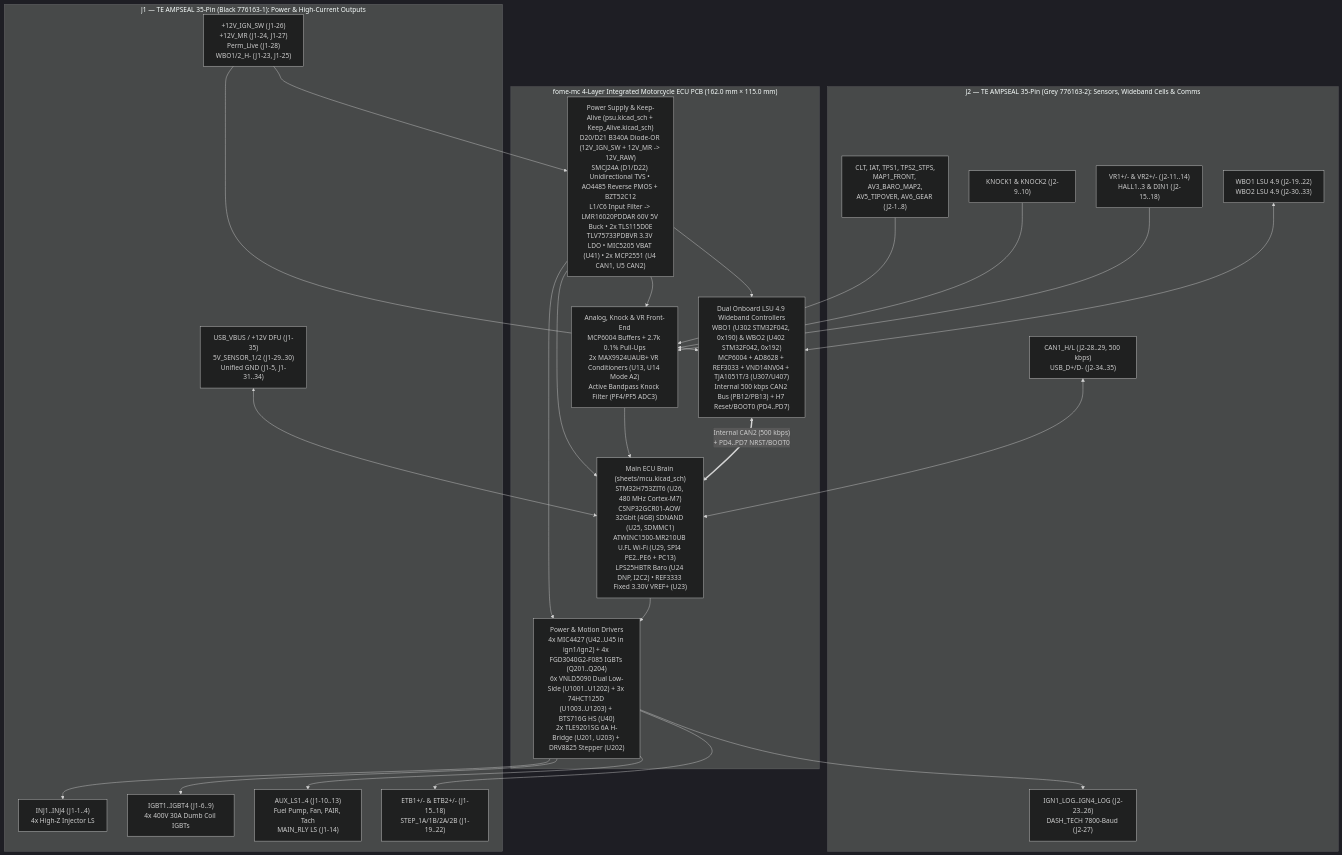
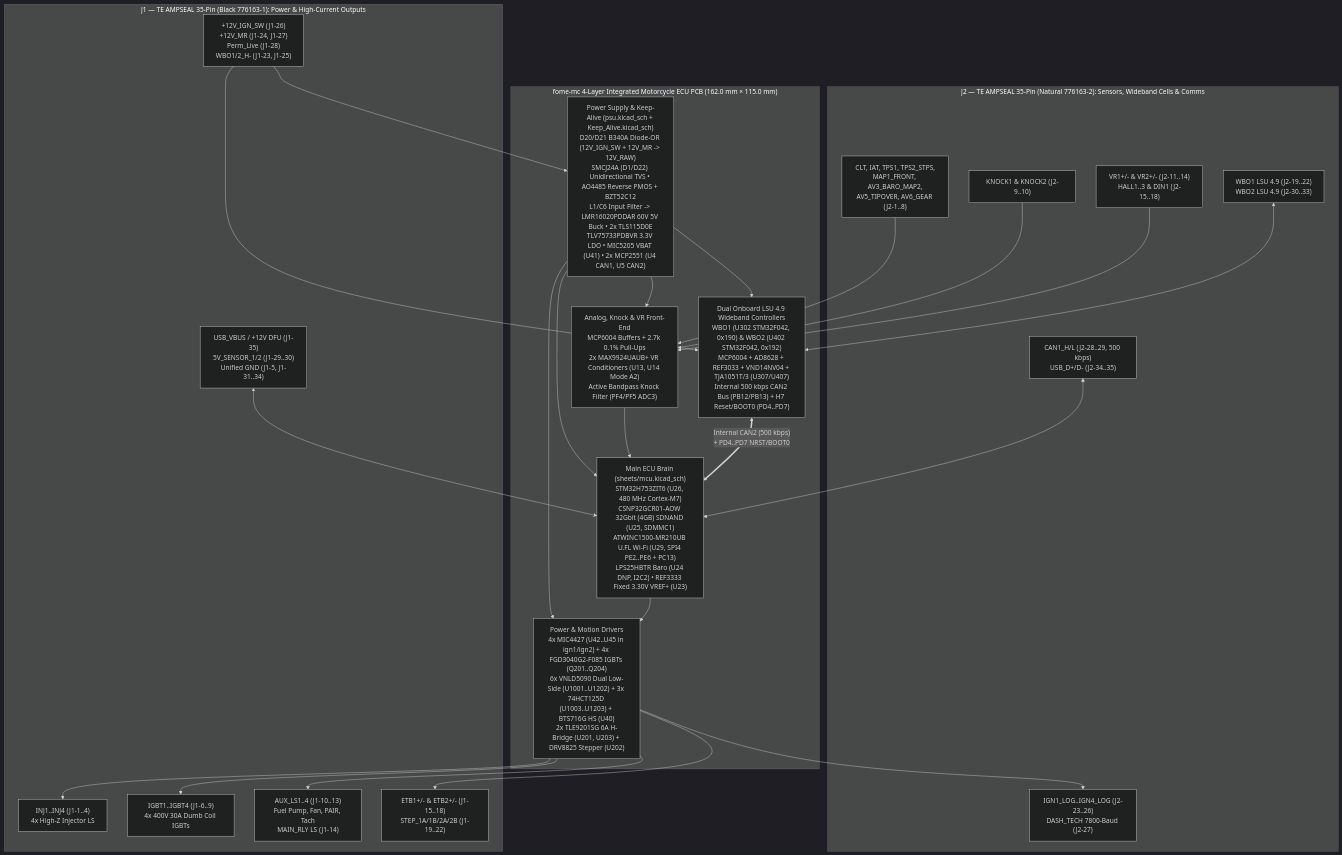
One commit to halbritt/fome-mc changed the diagram in README.md. Above: the diagram before and after it, drawn with Mermaid (dark theme). The commit also changed other lines of this file and 26 other files, not shown here.

````diff
--- a/README.md
+++ b/README.md
@@ -35,38 +37,38 @@
 ```mermaid
 flowchart TB
     subgraph J1["J1 — TE AMPSEAL 35-Pin (Black 776163-1): Power & High-Current Outputs"]
         J1_PWR["+12V_IGN_SW (J1-26)<br/>+12V_MR (J1-24, J1-27)<br/>Perm_Live (J1-28)<br/>WBO1/2_H- (J1-23, J1-25)"]
         J1_INJ["INJ1..INJ4 (J1-1..4)<br/>4x High-Z Injector LS"]
         J1_IGBT["IGBT1..IGBT4 (J1-6..9)<br/>4x 400V 30A Dumb Coil IGBTs"]
         J1_AUX["AUX_LS1..4 (J1-10..13)<br/>Fuel Pump, Fan, PAIR, Tach<br/>MAIN_RLY LS (J1-14)"]
         J1_MOT["ETB1+/- & ETB2+/- (J1-15..18)<br/>STEP_1A/1B/2A/2B (J1-19..22)"]
         J1_DFU["USB_VBUS / +12V DFU (J1-35)<br/>5V_SENSOR_1/2 (J1-29..30)<br/>Unified GND (J1-5, J1-31..34)"]
     end
 
-    subgraph J2["J2 — TE AMPSEAL 35-Pin (Grey 776163-2): Sensors, Wideband Cells & Comms"]
+    subgraph J2["J2 — TE AMPSEAL 35-Pin (Natural 776163-2): Sensors, Wideband Cells & Comms"]
         J2_ANA["CLT, IAT, TPS1, TPS2_STPS,<br/>MAP1_FRONT, AV3_BARO_MAP2,<br/>AV5_TIPOVER, AV6_GEAR (J2-1..8)"]
         J2_KNK["KNOCK1 & KNOCK2 (J2-9..10)"]
         J2_TRG["VR1+/- & VR2+/- (J2-11..14)<br/>HALL1..3 & DIN1 (J2-15..18)"]
         J2_WBO["WBO1 LSU 4.9 (J2-19..22)<br/>WBO2 LSU 4.9 (J2-30..33)"]
         J2_IGN["IGN1_LOG..IGN4_LOG (J2-23..26)<br/>DASH_TECH 7800-Baud (J2-27)"]
         J2_COM["CAN1_H/L (J2-28..29, 500 kbps)<br/>USB_D+/D- (J2-34..35)"]
     end
 
     subgraph PCB["fome-mc 4-Layer Integrated Motorcycle ECU PCB (162.0 mm × 115.0 mm)"]
         PSU["Power Supply & Keep-Alive (psu.kicad_sch + Keep_Alive.kicad_sch)<br/>D20/D21 B340A Diode-OR (12V_IGN_SW + 12V_MR -> 12V_RAW)<br/>SMCJ24A (D1/D22) Unidirectional TVS • AO4485 Reverse PMOS + BZT52C12<br/>L1/C6 Input Filter -> LMR16020PDDAR 60V 5V Buck • 2x TLS115D0E<br/>TLV75733PDBVR 3.3V LDO • MIC5205 VBAT (U41) • 2x MCP2551 (U4 CAN1, U5 CAN2)"]
         MCU["Main ECU Brain (sheets/mcu.kicad_sch)<br/>STM32H753ZIT6 (U26, 480 MHz Cortex-M7)<br/>CSNP32GCR01-AOW 32Gbit (4GB) SDNAND (U25, SDMMC1)<br/>ATWINC1500-MR210UB U.FL Wi-Fi (U29, SPI4 PE2..PE6 + PC13)<br/>LPS25HBTR Baro (U24 DNP, I2C2) • REF3333 Fixed 3.30V VREF+ (U23)"]
         AFE["Analog, Knock & VR Front-End<br/>MCP6004 Buffers + 2.7k 0.1% Pull-Ups<br/>2x MAX9924UAUB+ VR Conditioners (U13, U14 Mode A2)<br/>Active Bandpass Knock Filter (PF4/PF5 ADC3)"]
         DRV["Power & Motion Drivers<br/>4x MIC4427 (U42..U45 in ign1/ign2) + 4x FGD3040G2-F085 IGBTs (Q201..Q204)<br/>6x VNLD5090 Dual Low-Side (U1001..U1202) + 3x 74HCT125D (U1003..U1203) + BTS716G HS (U40)<br/>2x TLE9201SG 6A H-Bridge (U201, U203) + DRV8825 Stepper (U202)"]
         WBO["Dual Onboard LSU 4.9 Wideband Controllers<br/>WBO1 (U302 STM32F042, 0x190) & WBO2 (U402 STM32F042, 0x192)<br/>MCP6004 + AD8628 + REF3033 + VND14NV04 + TJA1051T/3 (U307/U407)<br/>Internal 500 kbps CAN2 Bus (PB12/PB13) + H7 Reset/BOOT0 (PD4..PD7)"]
     end
 
     J1_PWR --> PSU
     PSU --> MCU & AFE & DRV & WBO
     J2_ANA & J2_KNK & J2_TRG --> AFE --> MCU
     J2_WBO <--> WBO
     J1_PWR --> WBO
     WBO <==>|"Internal CAN2 (500 kbps)<br/>+ PD4..PD7 NRST/BOOT0"| MCU
     MCU --> DRV
     DRV --> J1_INJ & J1_IGBT & J1_AUX & J1_MOT & J2_IGN
     J2_COM & J1_DFU <--> MCU
 ```
````
